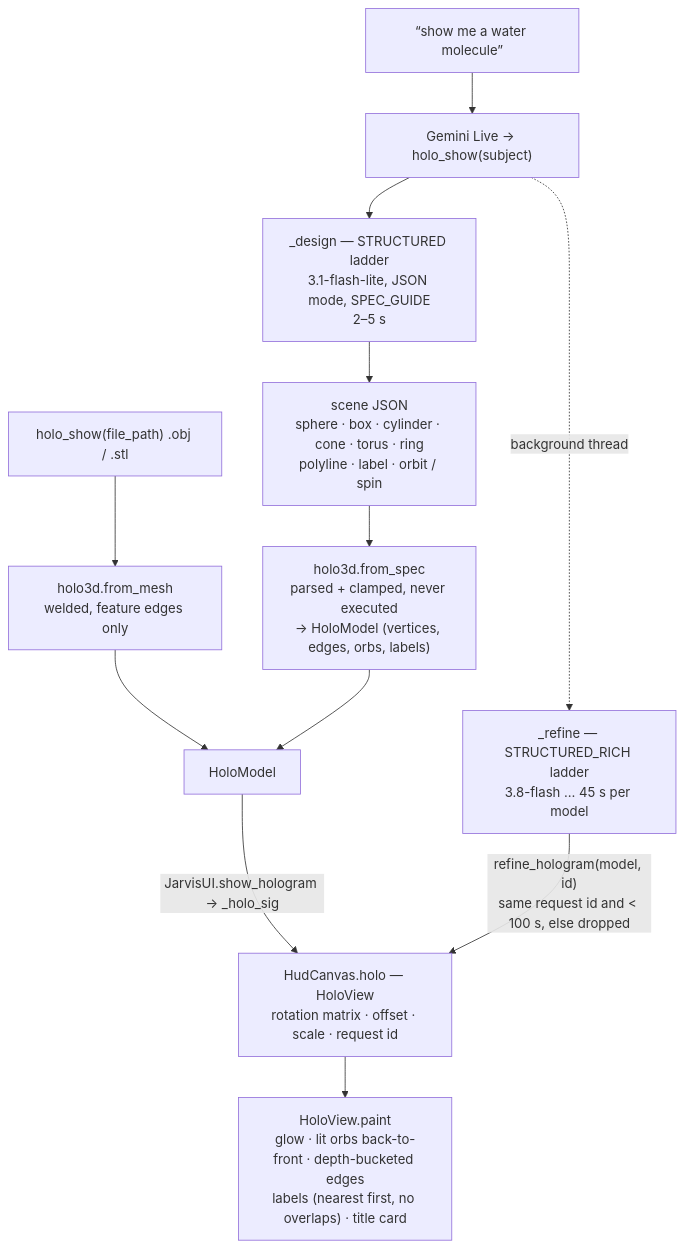
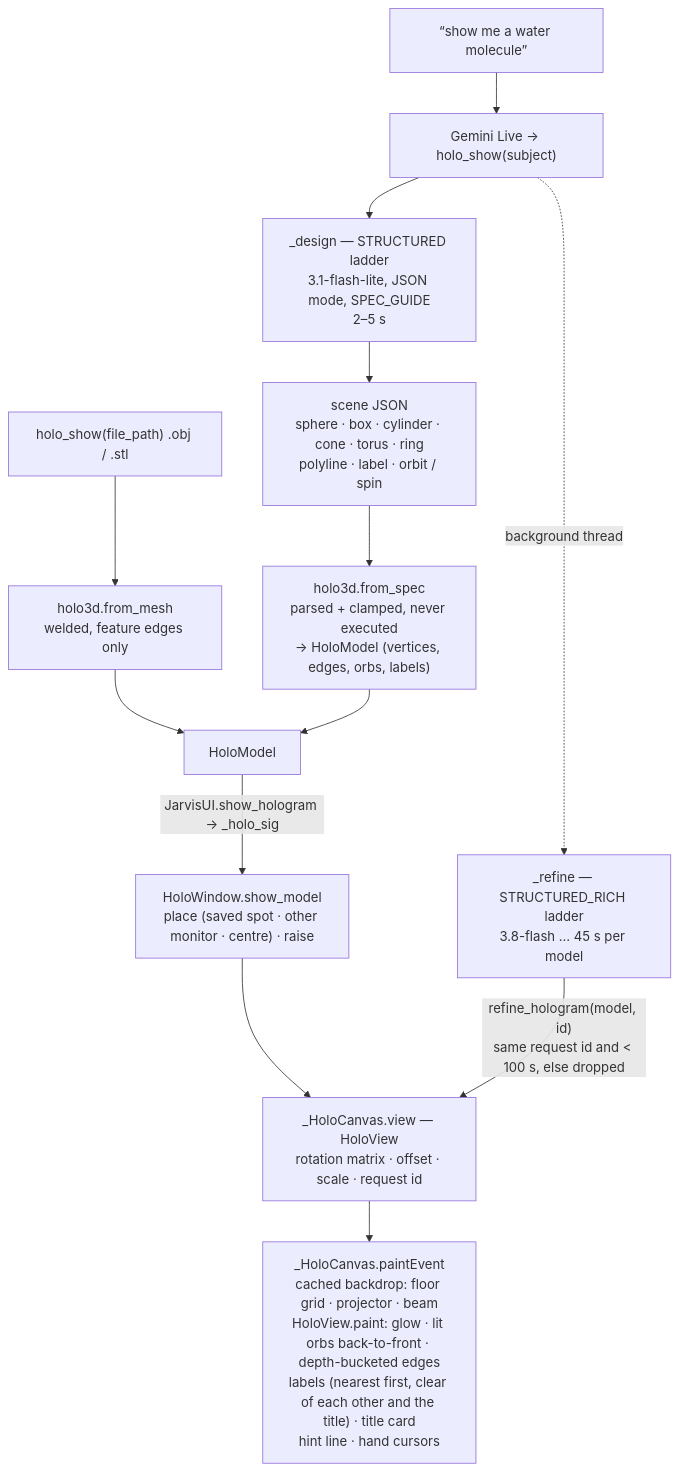
The eighth of 10 diagrams in ARCHITECTURE.md (vamshiG24/jarvis), drawn with Mermaid before and after one commit. The commit also changed other lines of this file and 8 other files, not shown here.

First line of the commit message:
Holograms open in their own window instead of over the HUD

````diff
--- a/ARCHITECTURE.md
+++ b/ARCHITECTURE.md
@@ -343,13 +349,14 @@
 ```mermaid
 flowchart TB
     ASK["“show me a water molecule”"] --> LIVE["Gemini Live → holo_show(subject)"]
     LIVE --> QUICK["_design — STRUCTURED ladder<br/>3.1-flash-lite, JSON mode, SPEC_GUIDE<br/>2–5 s"]
     QUICK --> SPEC["scene JSON<br/>sphere · box · cylinder · cone · torus · ring<br/>polyline · label · orbit / spin"]
     SPEC --> BUILD["holo3d.from_spec<br/>parsed + clamped, never executed<br/>→ HoloModel (vertices, edges, orbs, labels)"]
     FILE["holo_show(file_path) .obj / .stl"] --> MESH["holo3d.from_mesh<br/>welded, feature edges only"] --> MODEL
     BUILD --> MODEL["HoloModel"]
-    MODEL -->|"JarvisUI.show_hologram → _holo_sig"| VIEW["HudCanvas.holo — HoloView<br/>rotation matrix · offset · scale · request id"]
+    MODEL -->|"JarvisUI.show_hologram → _holo_sig"| WIN["HoloWindow.show_model<br/>place (saved spot · other monitor · centre) · raise"]
+    WIN --> VIEW["_HoloCanvas.view — HoloView<br/>rotation matrix · offset · scale · request id"]
     LIVE -.->|"background thread"| RICH["_refine — STRUCTURED_RICH ladder<br/>3.8-flash … 45 s per model"]
     RICH -->|"refine_hologram(model, id)<br/>same request id and < 100 s, else dropped"| VIEW
-    VIEW --> PAINTH["HoloView.paint<br/>glow · lit orbs back-to-front · depth-bucketed edges<br/>labels (nearest first, no overlaps) · title card"]
+    VIEW --> PAINTH["_HoloCanvas.paintEvent<br/>cached backdrop: floor grid · projector · beam<br/>HoloView.paint: glow · lit orbs back-to-front · depth-bucketed edges<br/>labels (nearest first, clear of each other and the title) · title card<br/>hint line · hand cursors"]
 ```
````
